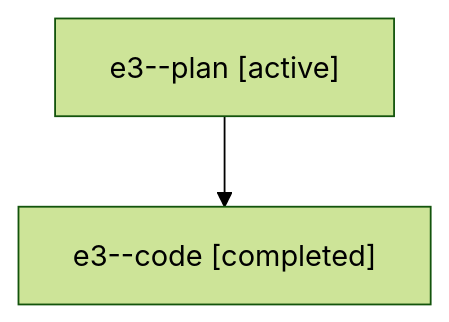
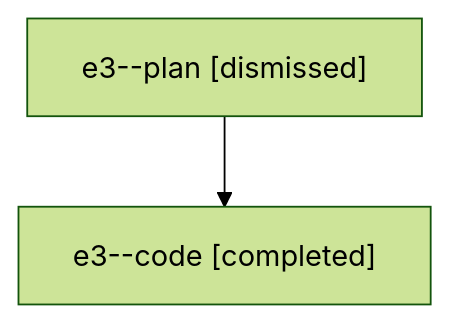
One commit to sase-org/sase--agents changed the diagram in sessions/bbugyi200.athena.e3.md. Above: the diagram before and after it, drawn with Mermaid (forest theme). The commit also changed other lines of this file and 36 other files, not shown here.

````diff
--- a/sessions/bbugyi200.athena.e3.md
+++ b/sessions/bbugyi200.athena.e3.md
@@ -9,6 +9,6 @@
 ```mermaid
 flowchart TD
-  n0["e3--plan [active]"]
+  n0["e3--plan [dismissed]"]
   n1["e3--code [completed]"]
   n0 --> n1
 ```
````
